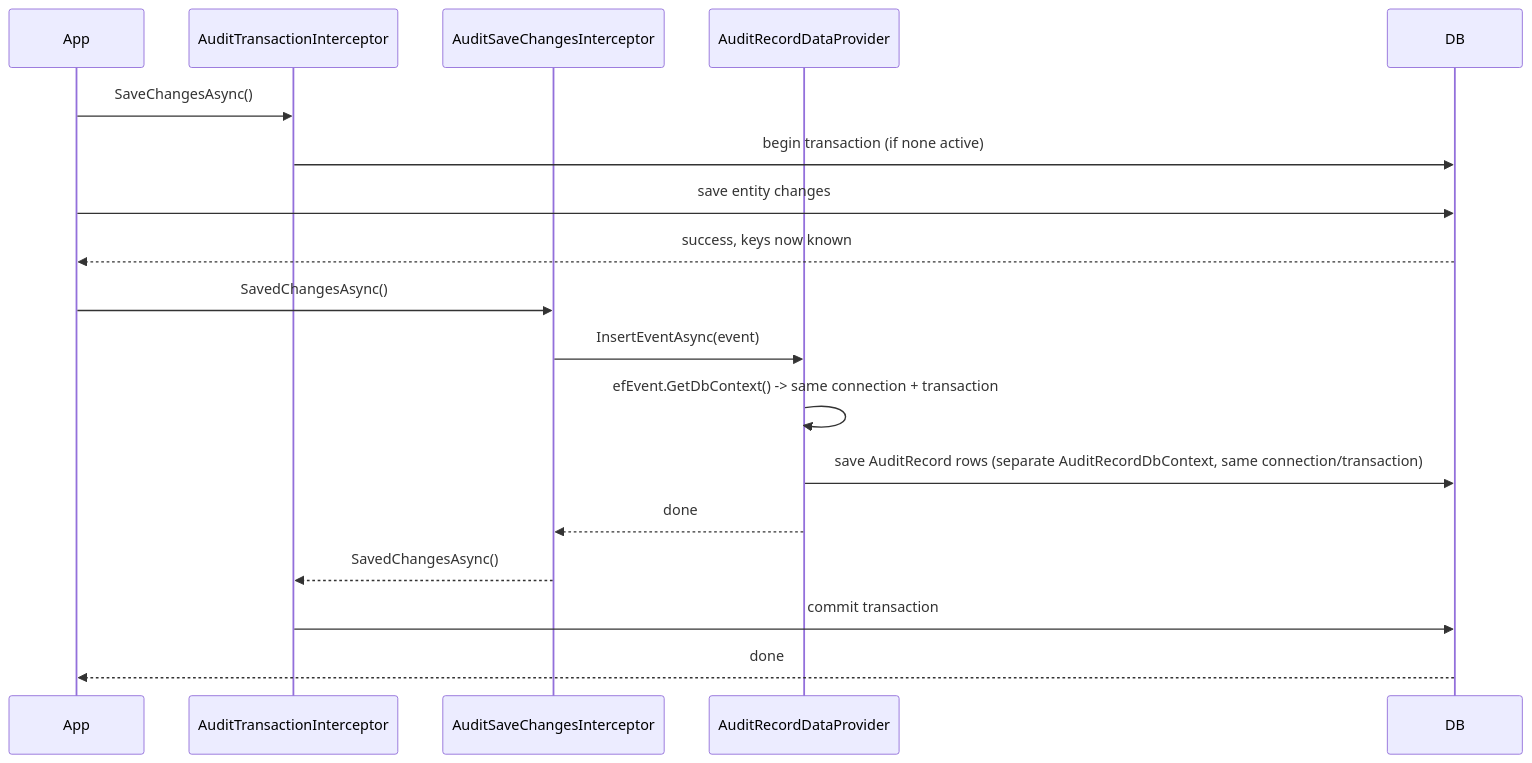
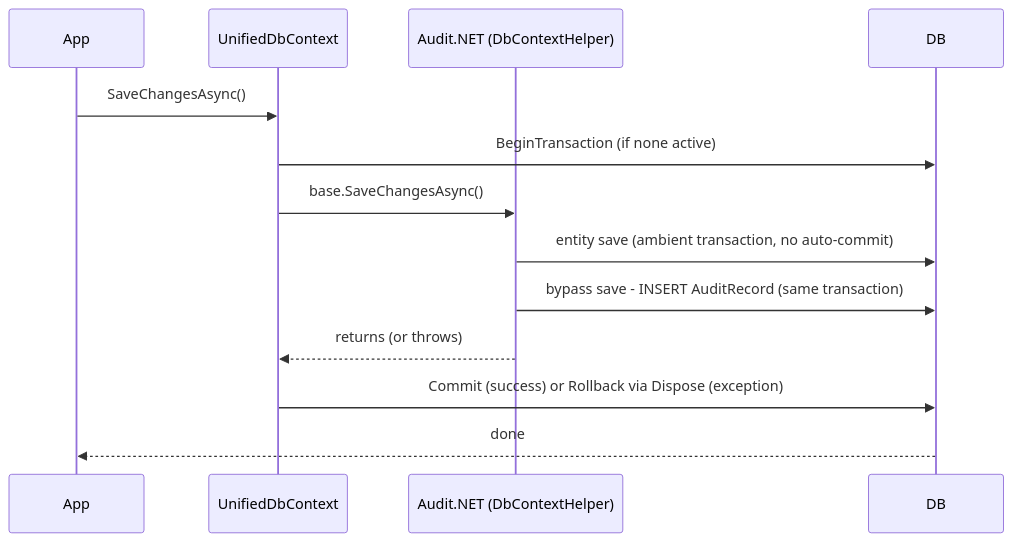
Before and after one commit to bcgov/unified-scheduling: the diagram in api/Unified.Audit/README.md, drawn with Mermaid. The commit also changed other lines of this file and 16 other files, not shown here.

Commit message:
WIP audit.net implementation

````diff
--- a/api/Unified.Audit/README.md
+++ b/api/Unified.Audit/README.md
@@ -95,21 +50,16 @@
 ```mermaid
 sequenceDiagram
     participant App
-    participant TxInterceptor as AuditTransactionInterceptor
-    participant AuditNet as AuditSaveChangesInterceptor
-    participant Provider as AuditRecordDataProvider
+    participant Ctx as UnifiedDbContext
+    participant AuditNet as Audit.NET (DbContextHelper)
     participant DB
 
-    App->>TxInterceptor: SaveChangesAsync()
-    TxInterceptor->>DB: begin transaction (if none active)
-    App->>DB: save entity changes
-    DB-->>App: success, keys now known
-    App->>AuditNet: SavedChangesAsync()
-    AuditNet->>Provider: InsertEventAsync(event)
-    Provider->>Provider: efEvent.GetDbContext() -> same connection + transaction
-    Provider->>DB: save AuditRecord rows (separate AuditRecordDbContext, same connection/transaction)
-    Provider-->>AuditNet: done
-    AuditNet-->>TxInterceptor: SavedChangesAsync()
-    TxInterceptor->>DB: commit transaction
+    App->>Ctx: SaveChangesAsync()
+    Ctx->>DB: BeginTransaction (if none active)
+    Ctx->>AuditNet: base.SaveChangesAsync()
+    AuditNet->>DB: entity save (ambient transaction, no auto-commit)
+    AuditNet->>DB: bypass save - INSERT AuditRecord (same transaction)
+    AuditNet-->>Ctx: returns (or throws)
+    Ctx->>DB: Commit (success) or Rollback via Dispose (exception)
     DB-->>App: done
 ```
````
